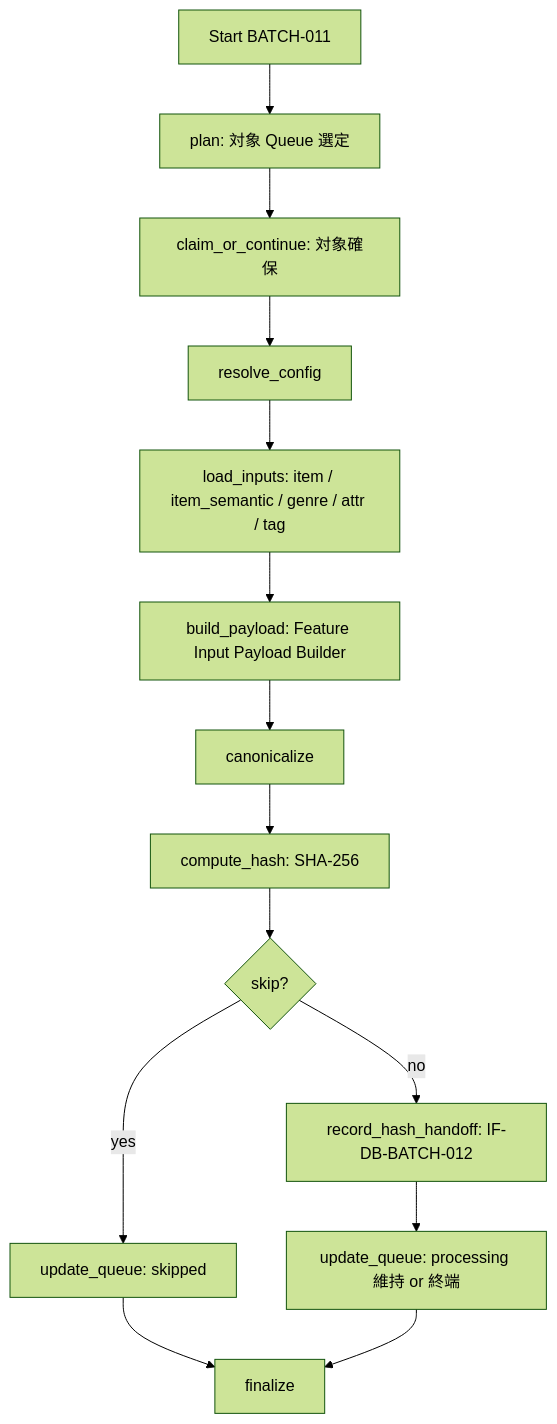
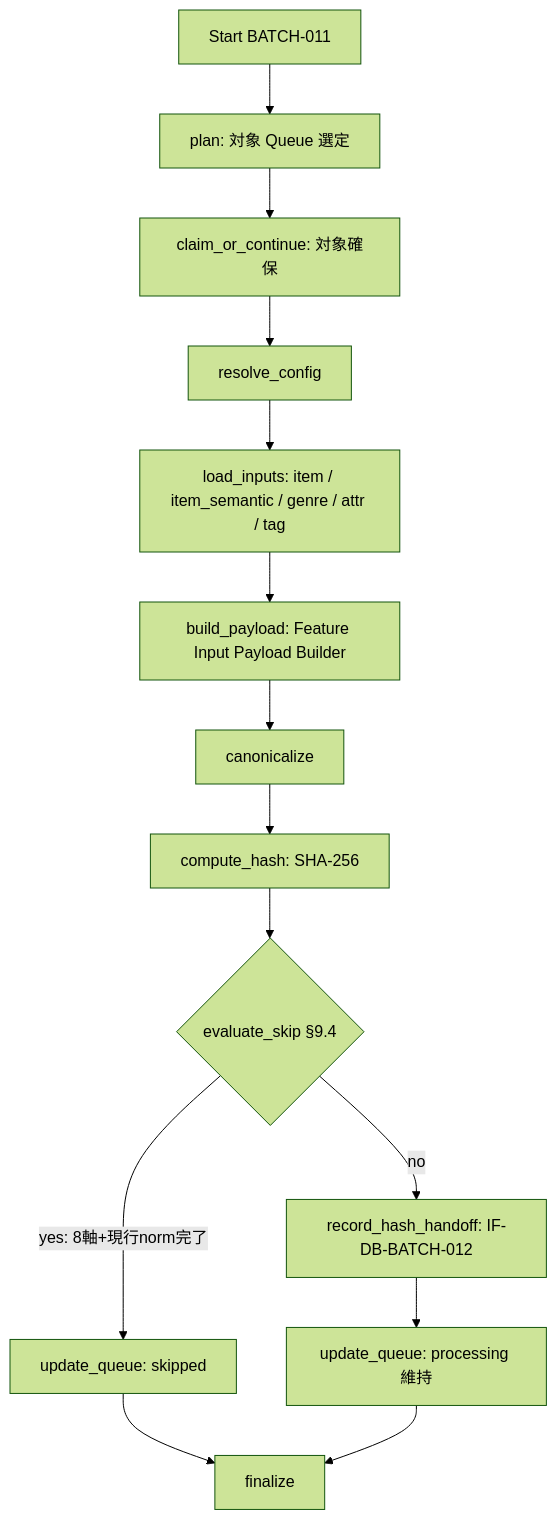
The diagram in docs/06_実装設計/batch/BATCH-011_Feature入力hash算出バッチ仕様書.md (ryo-chan-k6/GiftRecommendAPP_MVP_CYCLE_3), drawn with Mermaid (forest theme) before and after one commit. The commit also changed other lines of this file, not shown here.

````diff
--- a/docs/06_実装設計/batch/BATCH-011_Feature入力hash算出バッチ仕様書.md
+++ b/docs/06_実装設計/batch/BATCH-011_Feature入力hash算出バッチ仕様書.md
@@ -177,16 +177,16 @@
 ```mermaid
 flowchart TD
   A[Start BATCH-011] --> B[plan: 対象 Queue 選定]
   B --> C[claim_or_continue: 対象確保]
   C --> D[resolve_config]
   D --> E[load_inputs: item / item_semantic / genre / attr / tag]
   E --> F[build_payload: Feature Input Payload Builder]
   F --> G[canonicalize]
   G --> H[compute_hash: SHA-256]
-  H --> I{skip?}
-  I -->|yes| J[update_queue: skipped]
+  H --> I{evaluate_skip §9.4}
+  I -->|yes: 8軸+現行norm完了| J[update_queue: skipped]
   I -->|no| K[record_hash_handoff: IF-DB-BATCH-012]
-  K --> L[update_queue: processing 維持 or 終端]
+  K --> L[update_queue: processing 維持]
   J --> Z[finalize]
   L --> Z
 ```
````
